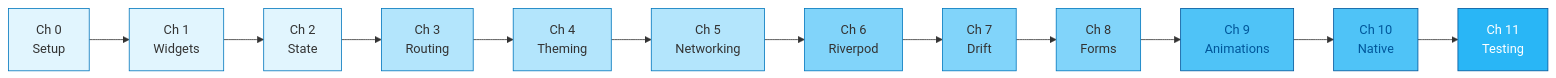
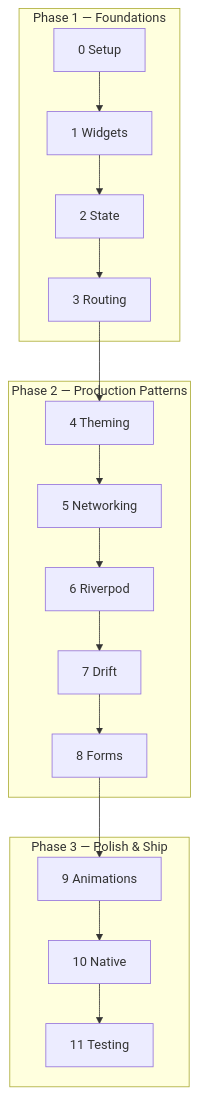
Before and after one commit to team360r/CoreBank: the diagram in README.md, drawn with Mermaid. The commit also changed other lines of this file, not shown here.

First line of the commit message:
docs: simplify README diagrams for readability

````diff
--- a/README.md
+++ b/README.md
@@ -94,27 +91,14 @@
 ```mermaid
-graph LR
-    C0["Ch 0\nSetup"] --> C1["Ch 1\nWidgets"]
-    C1 --> C2["Ch 2\nState"]
-    C2 --> C3["Ch 3\nRouting"]
-    C3 --> C4["Ch 4\nTheming"]
-    C4 --> C5["Ch 5\nNetworking"]
-    C5 --> C6["Ch 6\nRiverpod"]
-    C6 --> C7["Ch 7\nDrift"]
-    C7 --> C8["Ch 8\nForms"]
-    C8 --> C9["Ch 9\nAnimations"]
-    C9 --> C10["Ch 10\nNative"]
-    C10 --> C11["Ch 11\nTesting"]
-
-    style C0 fill:#E1F5FE,stroke:#0277BD
-    style C1 fill:#E1F5FE,stroke:#0277BD
-    style C2 fill:#E1F5FE,stroke:#0277BD
-    style C3 fill:#B3E5FC,stroke:#0277BD
-    style C4 fill:#B3E5FC,stroke:#0277BD
-    style C5 fill:#B3E5FC,stroke:#0277BD
-    style C6 fill:#81D4FA,stroke:#0277BD
-    style C7 fill:#81D4FA,stroke:#0277BD
-    style C8 fill:#81D4FA,stroke:#0277BD
-    style C9 fill:#4FC3F7,stroke:#01579B,color:#01579B
-    style C10 fill:#4FC3F7,stroke:#01579B,color:#01579B
-    style C11 fill:#29B6F6,stroke:#01579B,color:#fff
+graph TD
+    subgraph P1["Phase 1 — Foundations"]
+        C0["0 Setup"] --> C1["1 Widgets"] --> C2["2 State"] --> C3["3 Routing"]
+    end
+    subgraph P2["Phase 2 — Production Patterns"]
+        C4["4 Theming"] --> C5["5 Networking"] --> C6["6 Riverpod"] --> C7["7 Drift"] --> C8["8 Forms"]
+    end
+    subgraph P3["Phase 3 — Polish & Ship"]
+        C9["9 Animations"] --> C10["10 Native"] --> C11["11 Testing"]
+    end
+    C3 --> C4
+    C8 --> C9
 ```
````
